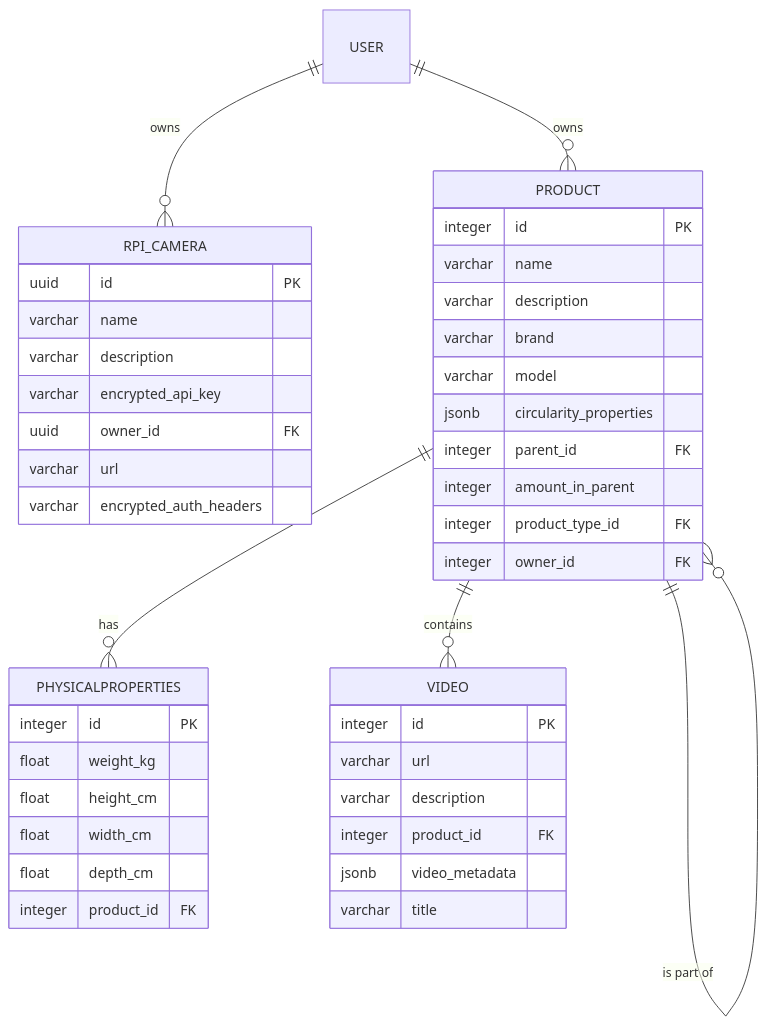
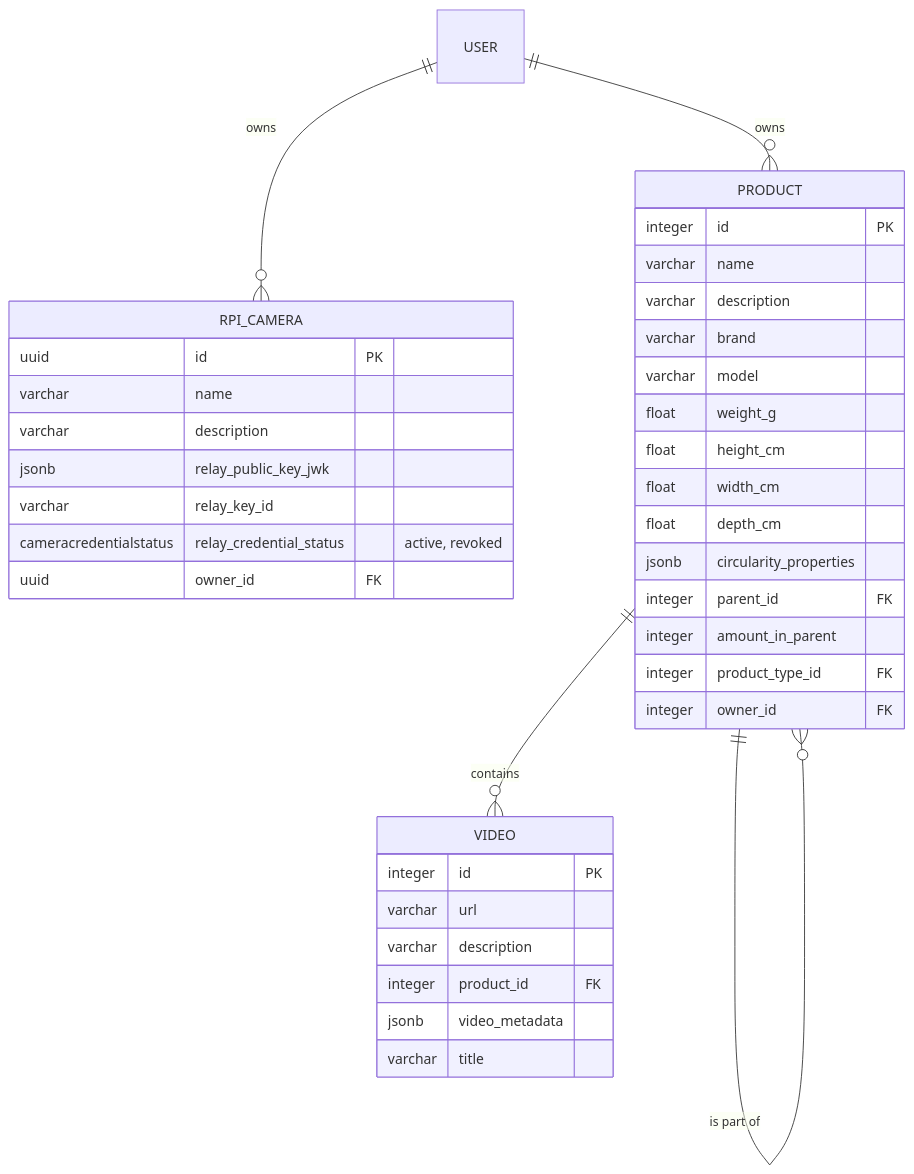
The fourth of 5 diagrams in docs/src/content/docs/architecture/datamodel.mdx (CMLPlatform/relab), drawn with Mermaid before and after one commit. The commit also changed other lines of this file and 10 other files, not shown here.

````diff
--- a/docs/src/content/docs/architecture/datamodel.mdx
+++ b/docs/src/content/docs/architecture/datamodel.mdx
@@ -178,49 +182,45 @@
 ```mermaid
 erDiagram
+    accTitle: Data collection entities and relationships
+    accDescr: Each USER owns zero or more RPI_CAMERA and PRODUCT records; a PRODUCT carries name, brand, model, physical dimensions, and circularity properties directly, can reference a parent PRODUCT to form a component hierarchy, is typed by PRODUCTTYPE, and can contain zero or more VIDEO records.
     RPI_CAMERA {
         uuid id PK
         varchar name
         varchar description
-        varchar encrypted_api_key
+        jsonb relay_public_key_jwk
+        varchar relay_key_id
+        cameracredentialstatus relay_credential_status "active, revoked"
         uuid owner_id FK
-        varchar url
-        varchar encrypted_auth_headers
     }
 
     PRODUCT {
         integer id PK
         varchar name
         varchar description
         varchar brand
         varchar model
+        float weight_g
+        float height_cm
+        float width_cm
+        float depth_cm
         jsonb circularity_properties
         integer parent_id FK
         integer amount_in_parent
         integer product_type_id FK
         integer owner_id FK
-    }
-
-    PHYSICALPROPERTIES {
-        integer id PK
-        float weight_kg
-        float height_cm
-        float width_cm
-        float depth_cm
-        integer product_id FK
     }
 
     VIDEO {
         integer id PK
         varchar url
         varchar description
         integer product_id FK
         jsonb video_metadata
         varchar title
     }
 
     USER ||--o{ RPI_CAMERA : "owns"
     USER ||--o{ PRODUCT : "owns"
-    PRODUCT ||--o{ PHYSICALPROPERTIES : "has"
     PRODUCT ||--o{ VIDEO : "contains"
     PRODUCT ||--o{ PRODUCT : "is part of"
 ```
````
